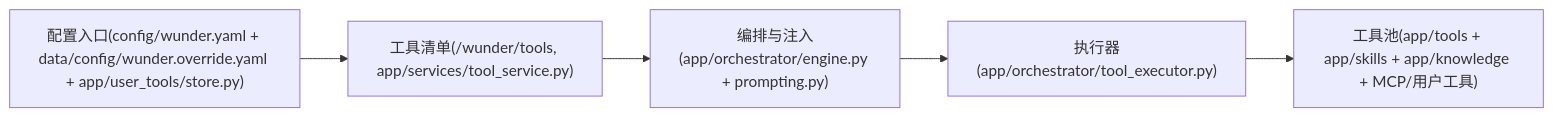
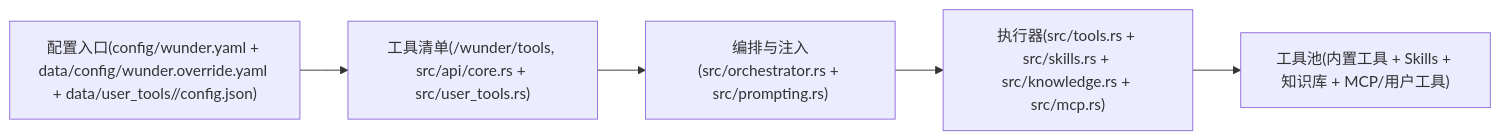
Before and after one commit to ylsdamxssjxxdd/wunder: the diagram in docs/diagrams/system-intro/03-tool-management-flow.mmd, drawn with Mermaid. The commit also changed 32 other files, not shown here.

```diff
--- a/docs/diagrams/system-intro/03-tool-management-flow.mmd
+++ b/docs/diagrams/system-intro/03-tool-management-flow.mmd
@@ -1,5 +1,5 @@
 flowchart LR
-  Config["配置入口(config/wunder.yaml + data/config/wunder.override.yaml + app/user_tools/store.py)"] --> Catalog["工具清单(/wunder/tools, app/services/tool_service.py)"]
-  Catalog --> Orchestrator["编排与注入(app/orchestrator/engine.py + prompting.py)"]
-  Orchestrator --> Exec["执行器(app/orchestrator/tool_executor.py)"]
-  Exec --> Pool["工具池(app/tools + app/skills + app/knowledge + MCP/用户工具)"]
+  Config["配置入口(config/wunder.yaml + data/config/wunder.override.yaml + data/user_tools/<user_id>/config.json)"] --> Catalog["工具清单(/wunder/tools, src/api/core.rs + src/user_tools.rs)"]
+  Catalog --> Orchestrator["编排与注入(src/orchestrator.rs + src/prompting.rs)"]
+  Orchestrator --> Exec["执行器(src/tools.rs + src/skills.rs + src/knowledge.rs + src/mcp.rs)"]
+  Exec --> Pool["工具池(内置工具 + Skills + 知识库 + MCP/用户工具)"]
```
